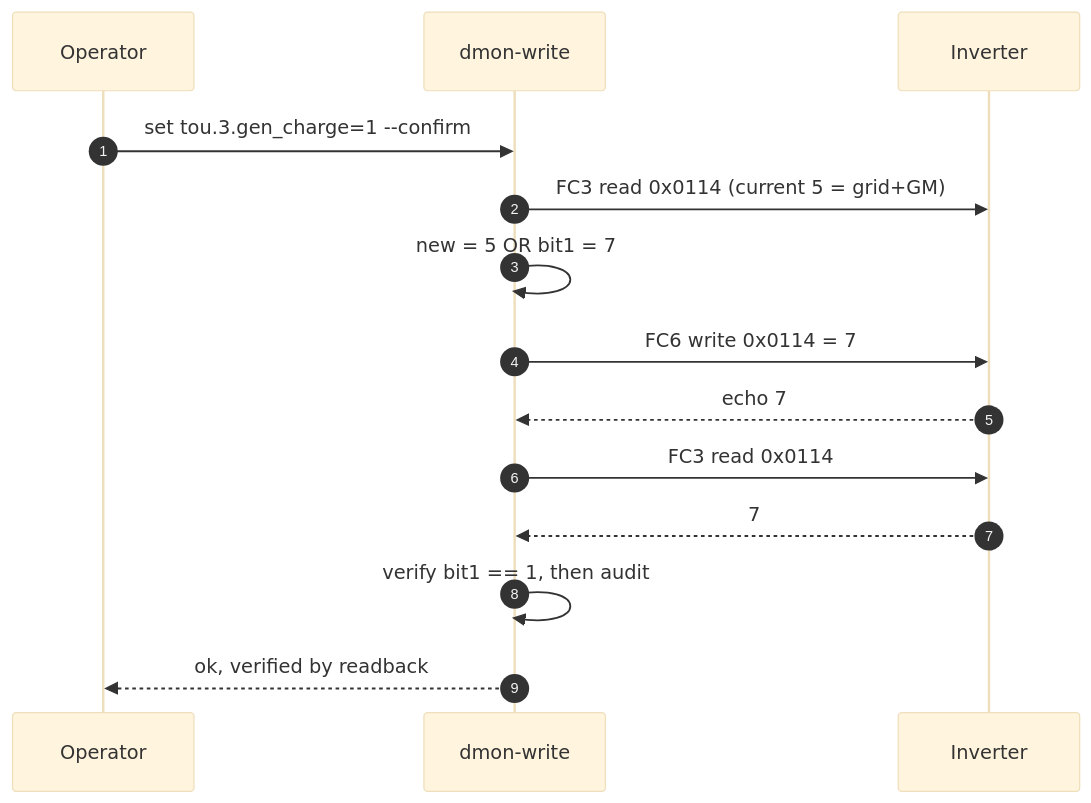
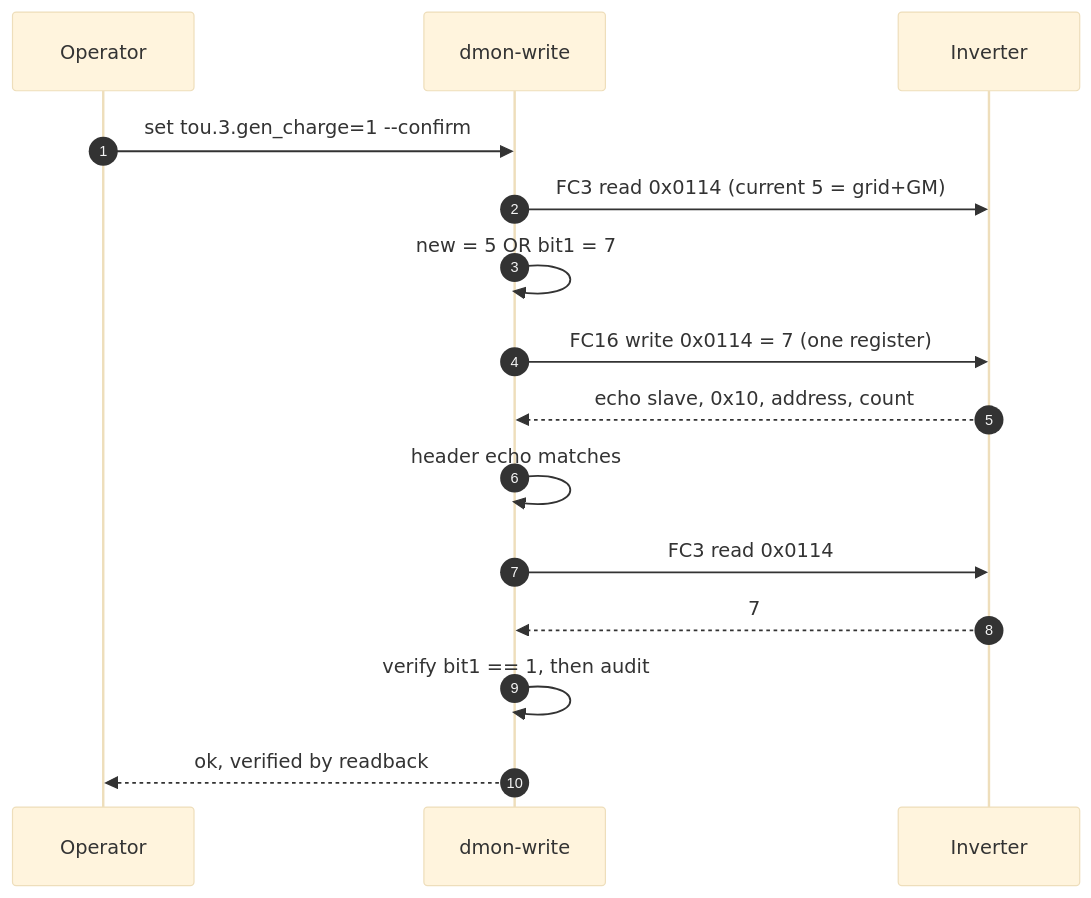
Before and after one commit to shaposhnikoff/deye-6-modbus-management: the second of 3 diagrams in docs/diagrams/write-flow.md, drawn with Mermaid (base theme). The commit also changed other lines of this file and 5 other files, not shown here.

````diff
--- a/docs/diagrams/write-flow.md
+++ b/docs/diagrams/write-flow.md
@@ -29,17 +31,18 @@
 ```mermaid
 sequenceDiagram
     autonumber
     participant Op as Operator
     participant CLI as dmon-write
     participant Inv as Inverter
 
     Op->>CLI: set tou.3.gen_charge=1 --confirm
     CLI->>Inv: FC3 read 0x0114 (current 5 = grid+GM)
     CLI->>CLI: new = 5 OR bit1 = 7
-    CLI->>Inv: FC6 write 0x0114 = 7
-    Inv-->>CLI: echo 7
+    CLI->>Inv: FC16 write 0x0114 = 7 (one register)
+    Inv-->>CLI: echo slave, 0x10, address, count
+    CLI->>CLI: header echo matches
     CLI->>Inv: FC3 read 0x0114
     Inv-->>CLI: 7
     CLI->>CLI: verify bit1 == 1, then audit
     CLI-->>Op: ok, verified by readback
 ```
````
